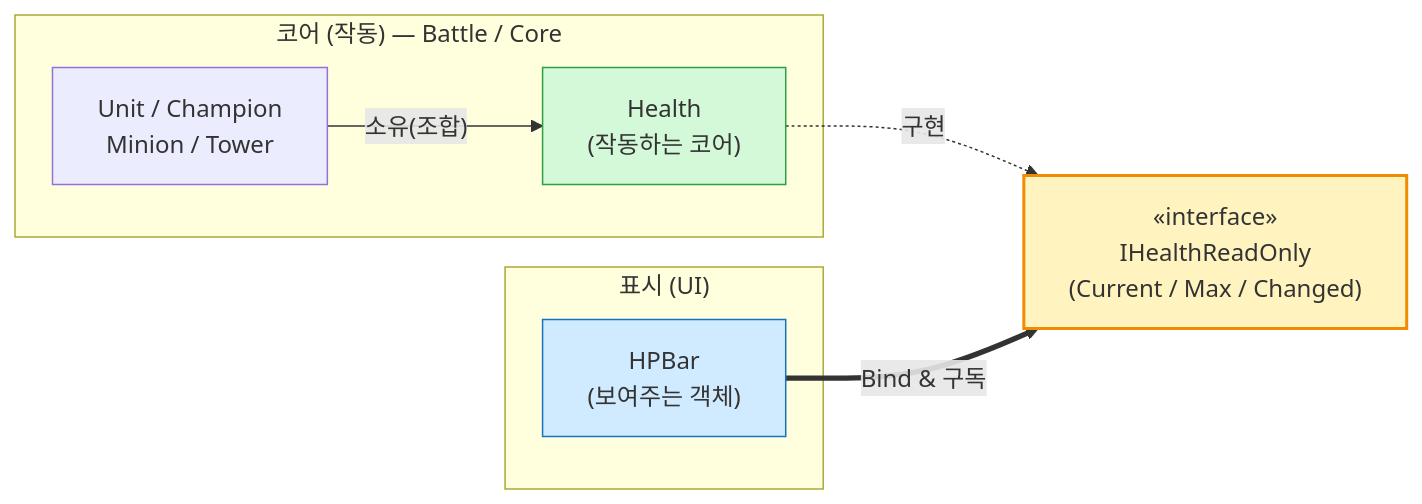
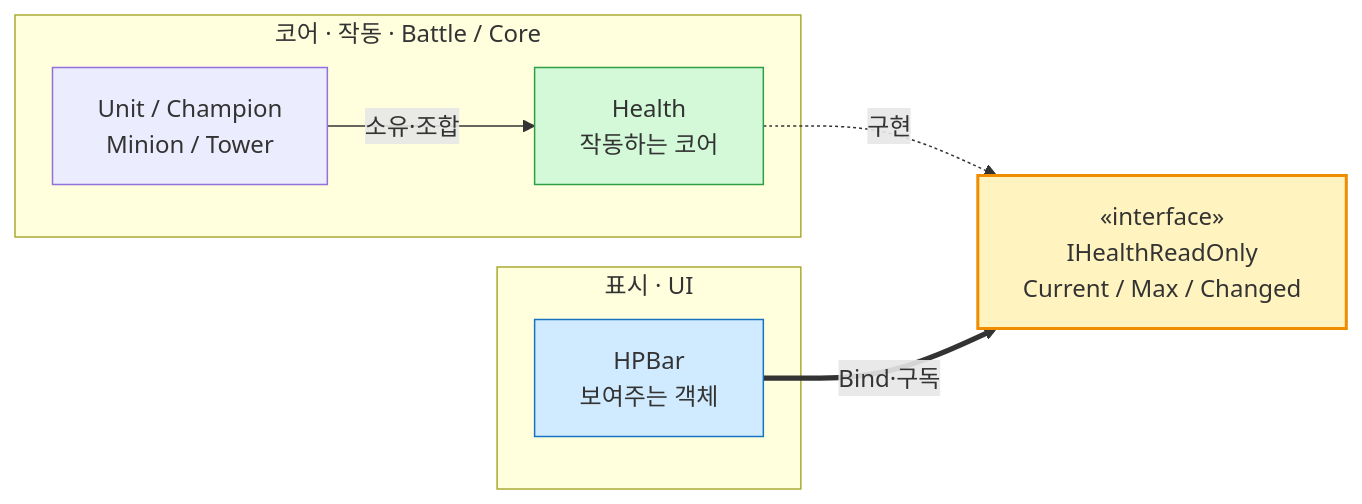
Before and after one commit to MelonS/favilla-assignment: the fourth of 5 diagrams in README.md, drawn with Mermaid. The commit also changed other lines of this file, not shown here.

Commit message:
docs: Mermaid 다이어그램 라벨을 파이프 형식으로 정리 (렌더 견고성)

````diff
--- a/README.md
+++ b/README.md
@@ -222,19 +222,19 @@
 ```mermaid
 flowchart LR
-    subgraph 코어["코어 (작동) — Battle / Core"]
+    subgraph core["코어 · 작동 · Battle / Core"]
         Unit["Unit / Champion<br/>Minion / Tower"]
-        Health["Health<br/>(작동하는 코어)"]
-        Unit -- "소유(조합)" --> Health
+        Health["Health<br/>작동하는 코어"]
+        Unit -->|소유·조합| Health
     end
-    subgraph 표시["표시 (UI)"]
-        HPBar["HPBar<br/>(보여주는 객체)"]
+    subgraph ui["표시 · UI"]
+        HPBar["HPBar<br/>보여주는 객체"]
     end
-    Abstraction["«interface»<br/>IHealthReadOnly<br/>(Current / Max / Changed)"]
+    Abstraction["«interface»<br/>IHealthReadOnly<br/>Current / Max / Changed"]
 
-    Health -. "구현" .-> Abstraction
-    HPBar == "Bind & 구독" ==> Abstraction
+    Health -.->|구현| Abstraction
+    HPBar ==>|Bind·구독| Abstraction
 
     style Abstraction fill:#fff3bf,stroke:#f08c00,stroke-width:2px
     style HPBar fill:#d0ebff,stroke:#1971c2
     style Health fill:#d3f9d8,stroke:#2f9e44
 ```
````
